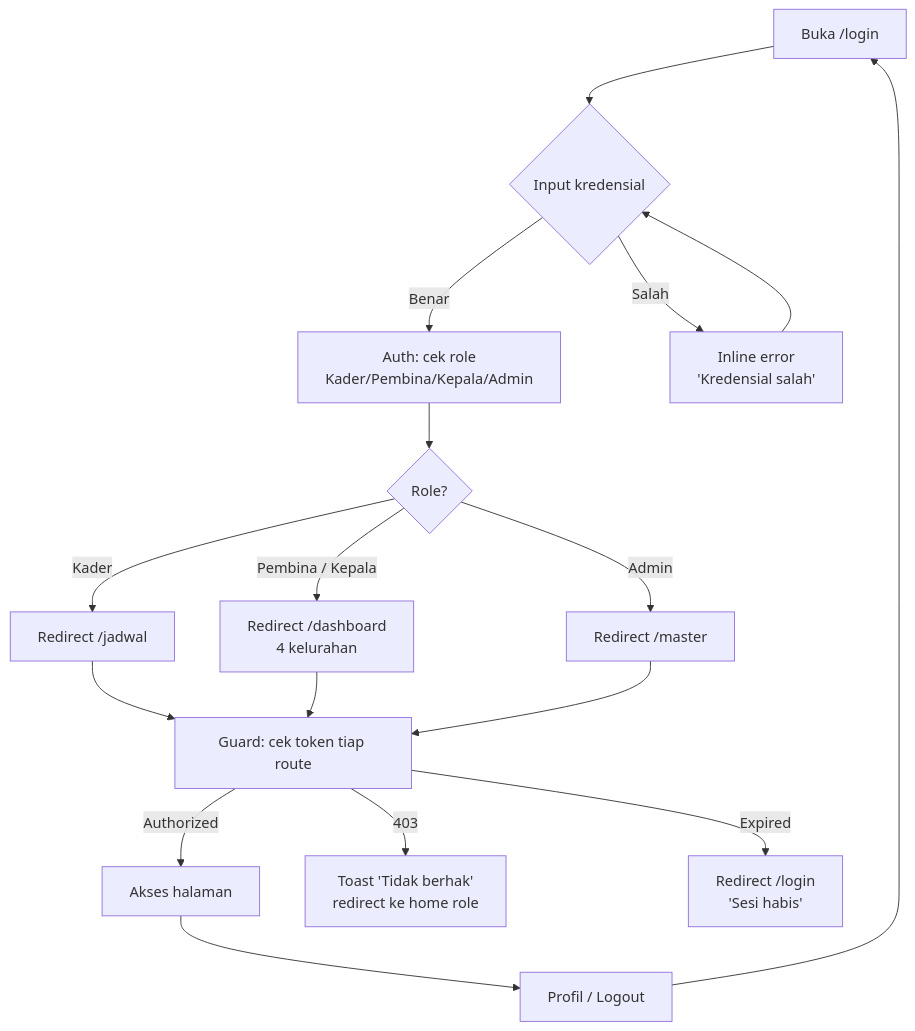
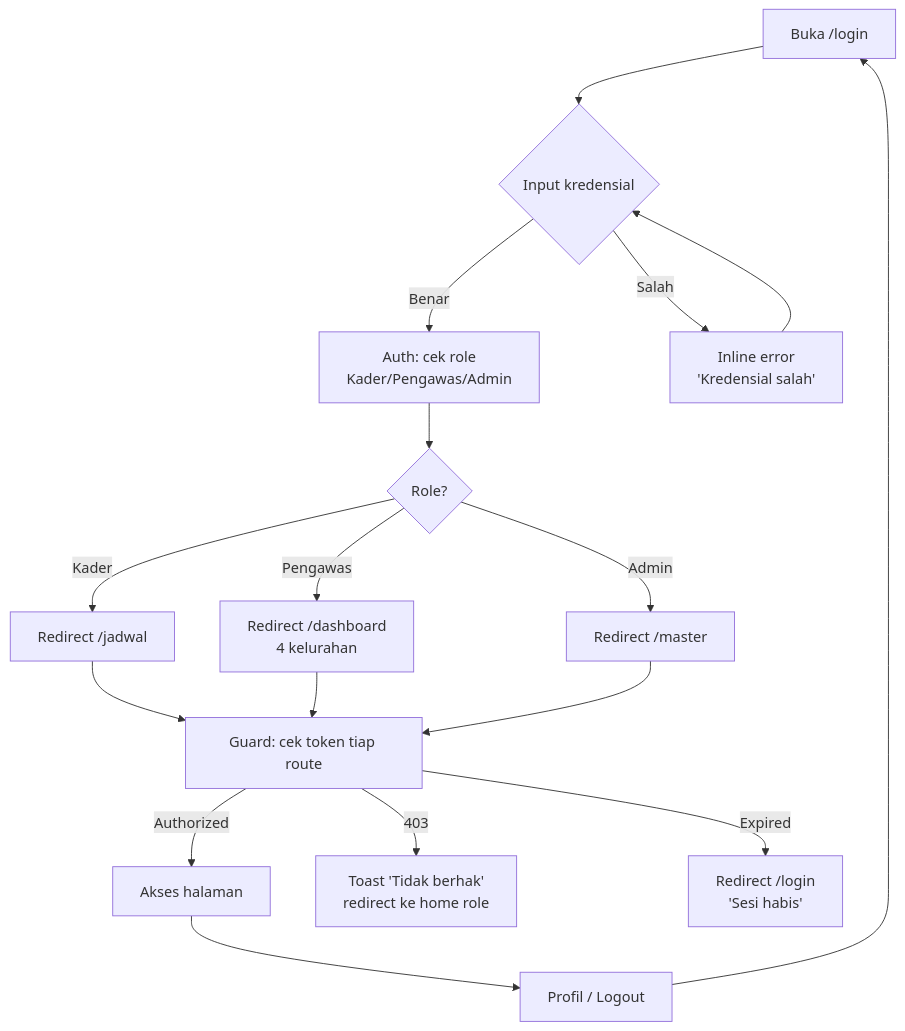
One commit to Lyc-n/prd changed the first of 2 diagrams in docs/workflows/W-A-auth.md. Above: the diagram before and after it, drawn with Mermaid. The commit also changed other lines of this file and 7 other files, not shown here.

````diff
--- a/docs/workflows/W-A-auth.md
+++ b/docs/workflows/W-A-auth.md
@@ -24,17 +24,17 @@
 ```mermaid
 flowchart TD
     A[Buka /login] --> B{Input kredensial}
-    B -->|Benar| C[Auth: cek role<br/>Kader/Pembina/Kepala/Admin]
+    B -->|Benar| C[Auth: cek role<br/>Kader/Pengawas/Admin]
     B -->|Salah| B1[Inline error<br/>'Kredensial salah'] --> B
     C --> D{Role?}
     D -->|Kader| E[Redirect /jadwal]
-    D -->|Pembina / Kepala| F[Redirect /dashboard<br/>4 kelurahan]
+    D -->|Pengawas| F[Redirect /dashboard<br/>4 kelurahan]
     D -->|Admin| G[Redirect /master]
     E --> H[Guard: cek token tiap route]
     F --> H
     G --> H
     H -->|Authorized| I[Akses halaman]
     H -->|403| J[Toast 'Tidak berhak'<br/>redirect ke home role]
     H -->|Expired| K[Redirect /login<br/>'Sesi habis']
     I --> L[Profil / Logout] --> A
 ```
````
